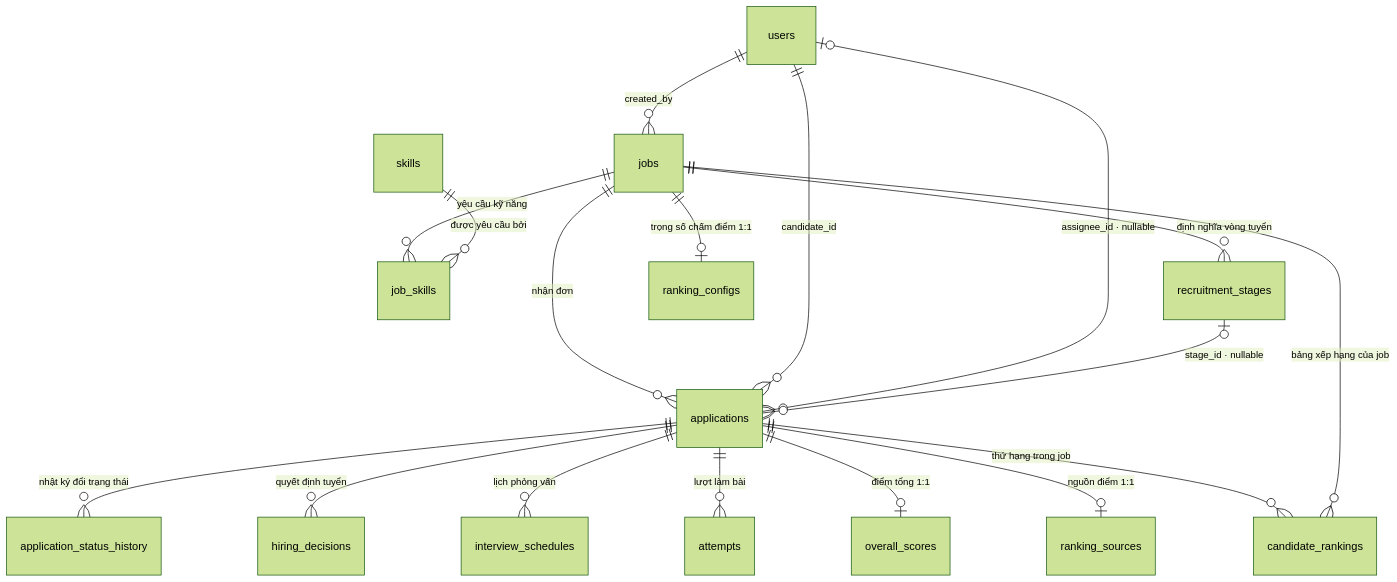
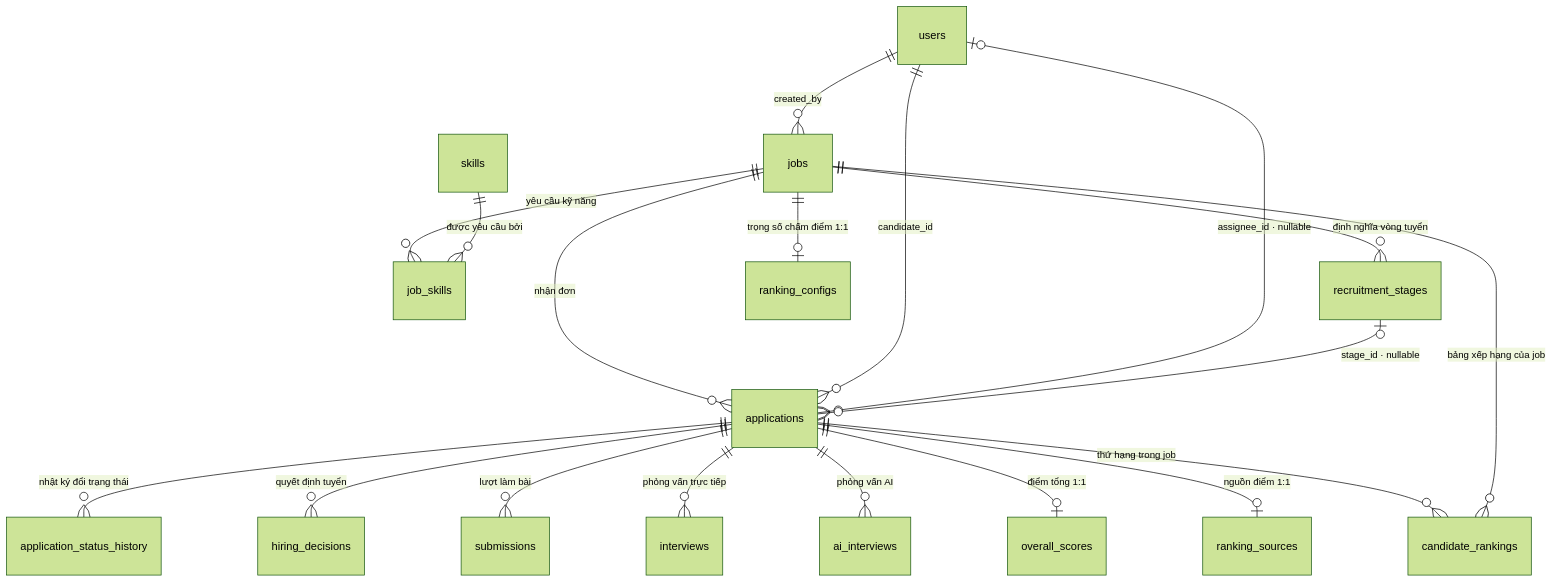
One commit to hieupnh12/SmartHire-AI changed the fifth of 11 diagrams in docs/database/README.md. Above: the diagram before and after it, drawn with Mermaid (forest theme). The commit also changed other lines of this file and 59 other files, not shown here.

````diff
--- a/docs/database/README.md
+++ b/docs/database/README.md
@@ -371,22 +376,23 @@
 ```mermaid
 erDiagram
     users ||--o{ jobs : "created_by"
     jobs ||--o{ job_skills : "yêu cầu kỹ năng"
     skills ||--o{ job_skills : "được yêu cầu bởi"
     jobs ||--o{ recruitment_stages : "định nghĩa vòng tuyển"
 
     jobs ||--o{ applications : "nhận đơn"
     users ||--o{ applications : "candidate_id"
     users |o--o{ applications : "assignee_id · nullable"
     recruitment_stages |o--o{ applications : "stage_id · nullable"
 
     applications ||--o{ application_status_history : "nhật ký đổi trạng thái"
     applications ||--o{ hiring_decisions : "quyết định tuyển"
-    applications ||--o{ interview_schedules : "lịch phỏng vấn"
-    applications ||--o{ attempts : "lượt làm bài"
+    applications ||--o{ submissions : "lượt làm bài"
+    applications ||--o{ interviews : "phỏng vấn trực tiếp"
+    applications ||--o{ ai_interviews : "phỏng vấn AI"
     applications ||--o| overall_scores : "điểm tổng 1:1"
     applications ||--o| ranking_sources : "nguồn điểm 1:1"
     applications ||--o{ candidate_rankings : "thứ hạng trong job"
     jobs ||--o{ candidate_rankings : "bảng xếp hạng của job"
     jobs ||--o| ranking_configs : "trọng số chấm điểm 1:1"
 ```
````
